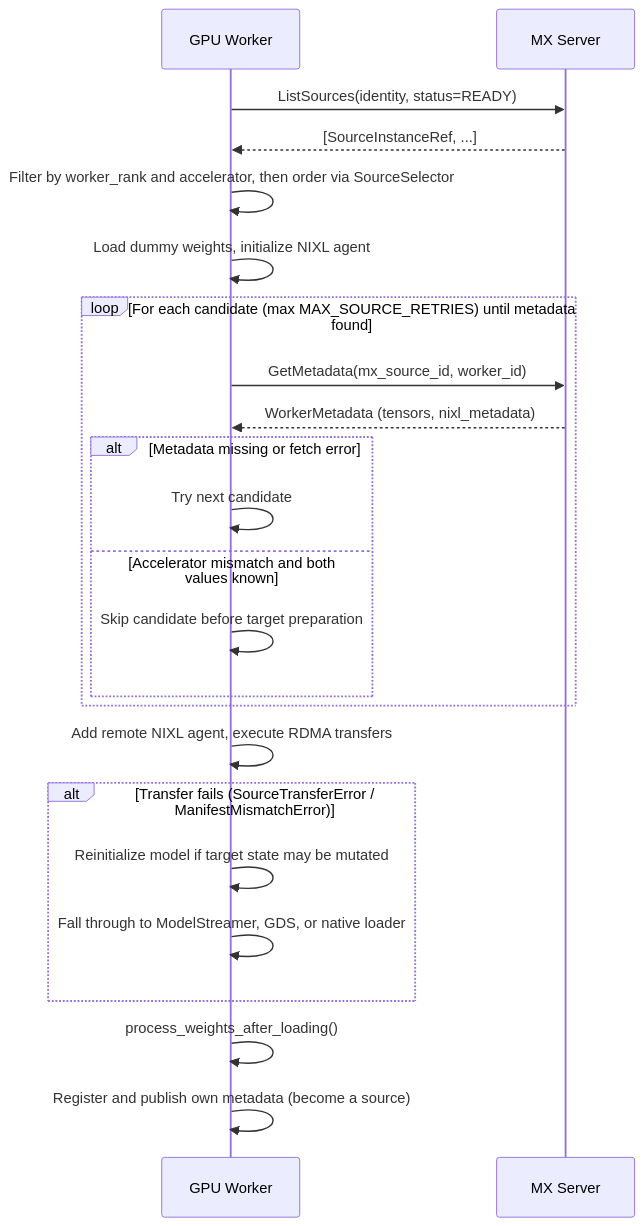
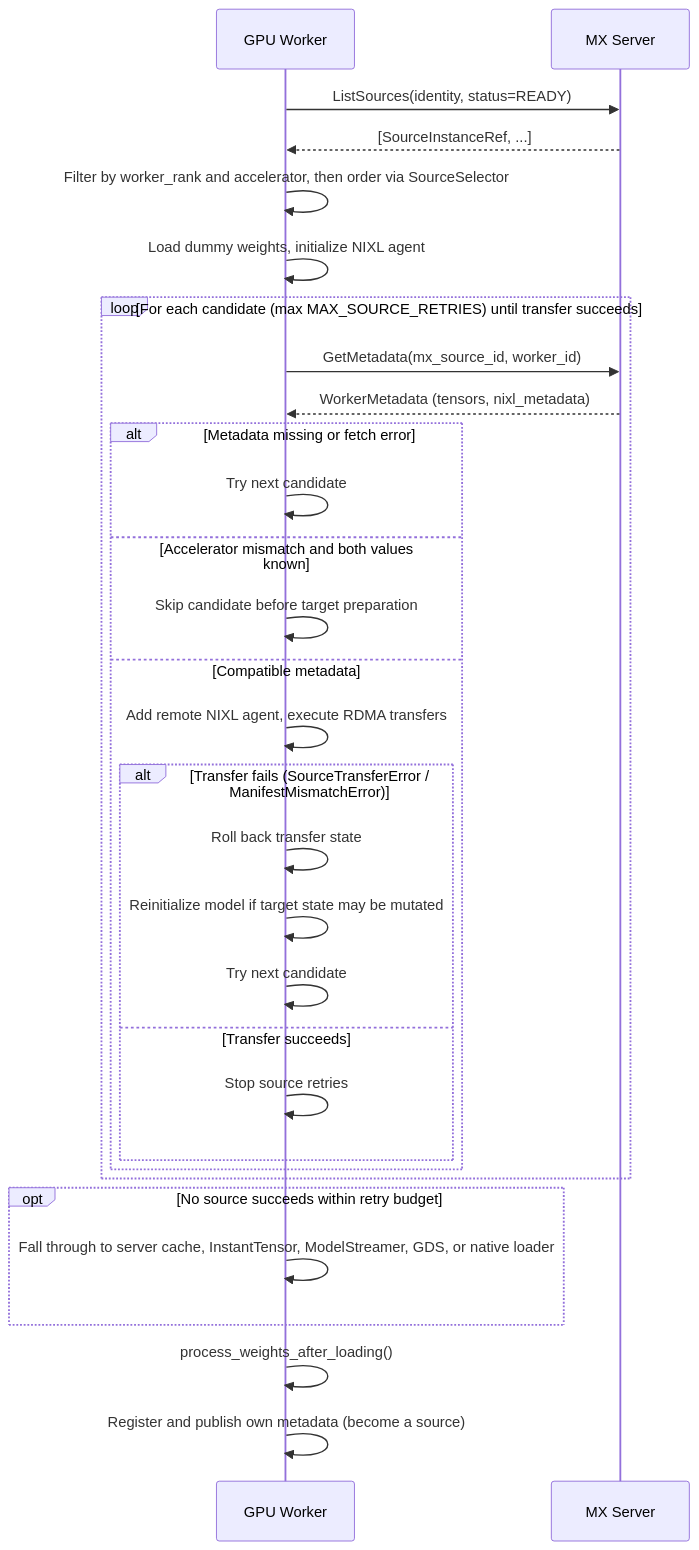
One commit to ai-dynamo/modelexpress changed the third of 3 diagrams in docs/metadata.md. Above: the diagram before and after it, drawn with Mermaid. The commit also changed other lines of this file and 13 other files, not shown here.

````diff
--- a/docs/metadata.md
+++ b/docs/metadata.md
@@ -488,26 +488,33 @@
 ```mermaid
 sequenceDiagram
     participant W as GPU Worker
     participant MX as MX Server
 
     W->>MX: ListSources(identity, status=READY)
     MX-->>W: [SourceInstanceRef, ...]
     W->>W: Filter by worker_rank and accelerator, then order via SourceSelector
     W->>W: Load dummy weights, initialize NIXL agent
-    loop For each candidate (max MAX_SOURCE_RETRIES) until metadata found
+    loop For each candidate (max MAX_SOURCE_RETRIES) until transfer succeeds
         W->>MX: GetMetadata(mx_source_id, worker_id)
         MX-->>W: WorkerMetadata (tensors, nixl_metadata)
         alt Metadata missing or fetch error
             W->>W: Try next candidate
         else Accelerator mismatch and both values known
-          W->>W: Skip candidate before target preparation
+            W->>W: Skip candidate before target preparation
+        else Compatible metadata
+            W->>W: Add remote NIXL agent, execute RDMA transfers
+            alt Transfer fails (SourceTransferError / ManifestMismatchError)
+                W->>W: Roll back transfer state
+                W->>W: Reinitialize model if target state may be mutated
+                W->>W: Try next candidate
+            else Transfer succeeds
+                W->>W: Stop source retries
+            end
         end
     end
-    W->>W: Add remote NIXL agent, execute RDMA transfers
-    alt Transfer fails (SourceTransferError / ManifestMismatchError)
-        W->>W: Reinitialize model if target state may be mutated
-        W->>W: Fall through to ModelStreamer, GDS, or native loader
+    opt No source succeeds within retry budget
+        W->>W: Fall through to server cache, InstantTensor, ModelStreamer, GDS, or native loader
     end
     W->>W: process_weights_after_loading()
     W->>W: Register and publish own metadata (become a source)
 ```
````
